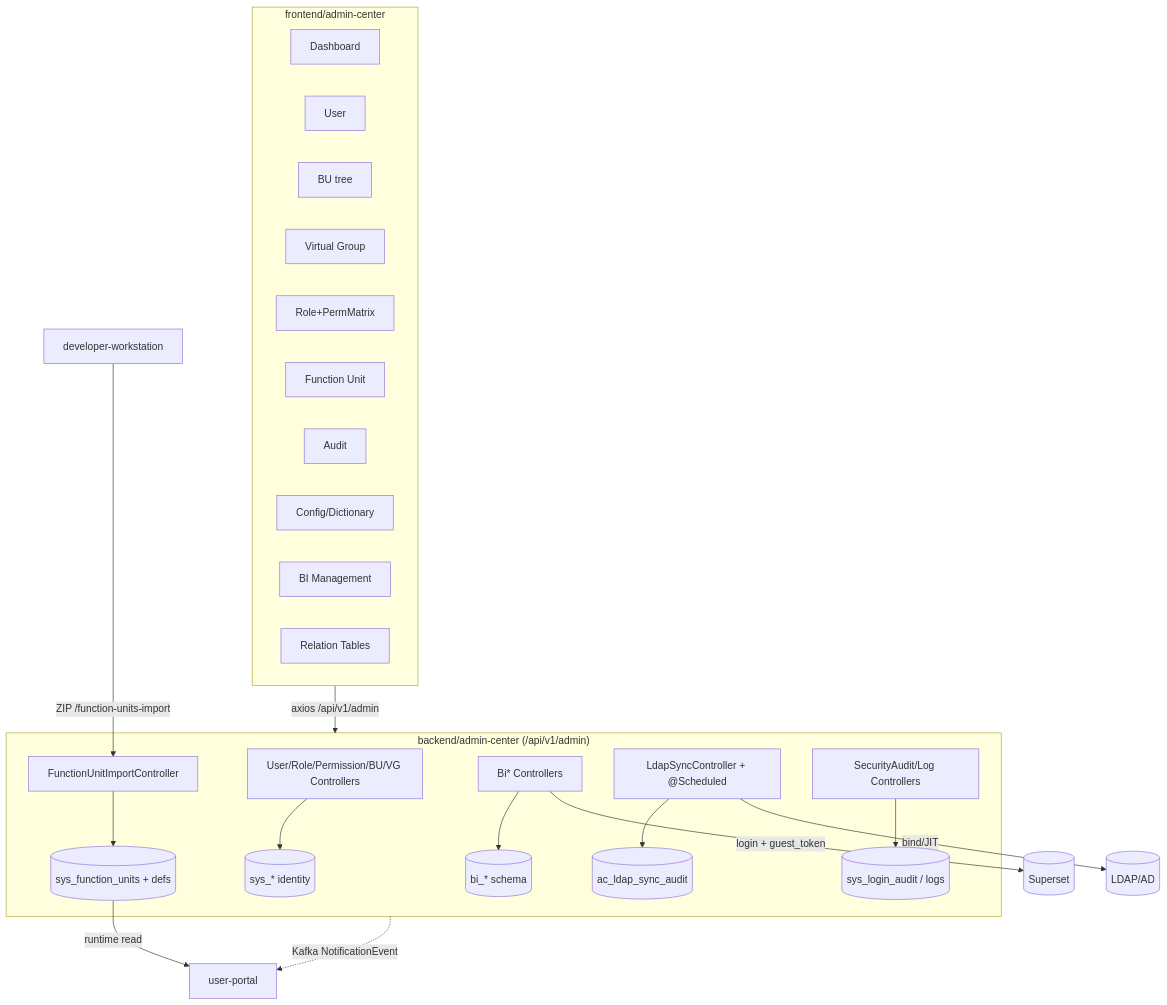
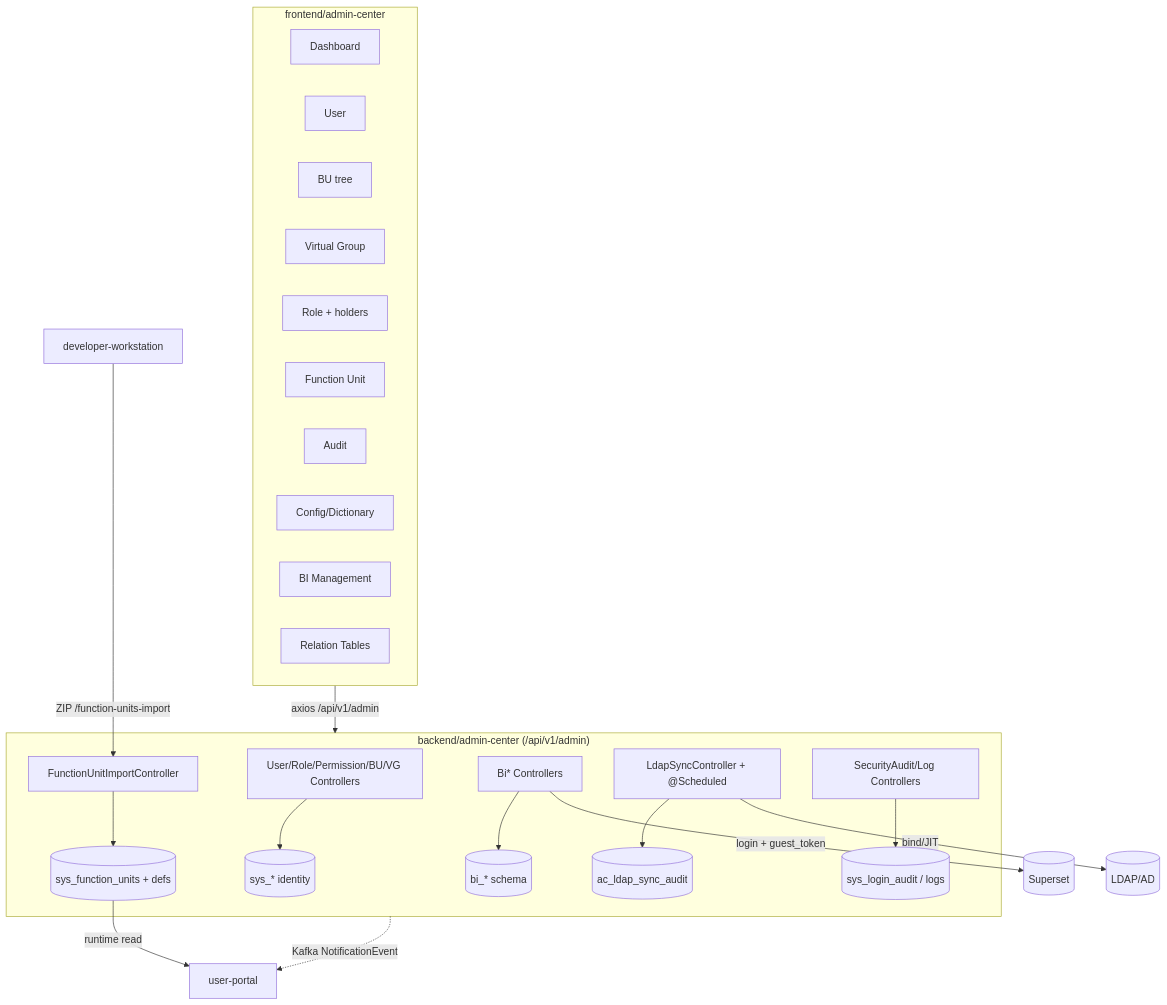
Before and after one commit to bigballgis/Workflow-Station---sun: the diagram in docs/x-ray/modules/admin-center.md, drawn with Mermaid. The commit also changed other lines of this file and 1130 other files, not shown here.

````diff
--- a/docs/x-ray/modules/admin-center.md
+++ b/docs/x-ray/modules/admin-center.md
@@ -91,20 +93,20 @@
 ```mermaid
 flowchart TB
   subgraph FE["frontend/admin-center"]
-    DASH[Dashboard] & USR[User] & ORG[BU tree] & VG[Virtual Group] & ROLE[Role+PermMatrix]
+    DASH[Dashboard] & USR[User] & ORG[BU tree] & VG[Virtual Group] & ROLE[Role + holders]
     FU[Function Unit] & AUD[Audit] & CFG[Config/Dictionary] & BI[BI Management] & RT[Relation Tables]
   end
   subgraph BE["backend/admin-center (/api/v1/admin)"]
     IDN[User/Role/Permission/BU/VG Controllers] --> IDDB[(sys_* identity)]
     IMP[FunctionUnitImportController] --> SYS[(sys_function_units + defs)]
     BIC[Bi* Controllers] --> BIDB[(bi_* schema)]
     LDAP[LdapSyncController + @Scheduled] --> LAUD[(ac_ldap_sync_audit)]
     AUDC[SecurityAudit/Log Controllers] --> AUDDB[(sys_login_audit / logs)]
   end
   FE -->|axios /api/v1/admin| BE
   DW["developer-workstation"] -->|ZIP /function-units-import| IMP
   SYS -->|runtime read| UP[user-portal]
   BIC -->|login + guest_token| SUP[(Superset)]
   BE -.->|Kafka NotificationEvent| UP
   LDAP -->|bind/JIT| AD[(LDAP/AD)]
 ```
````
